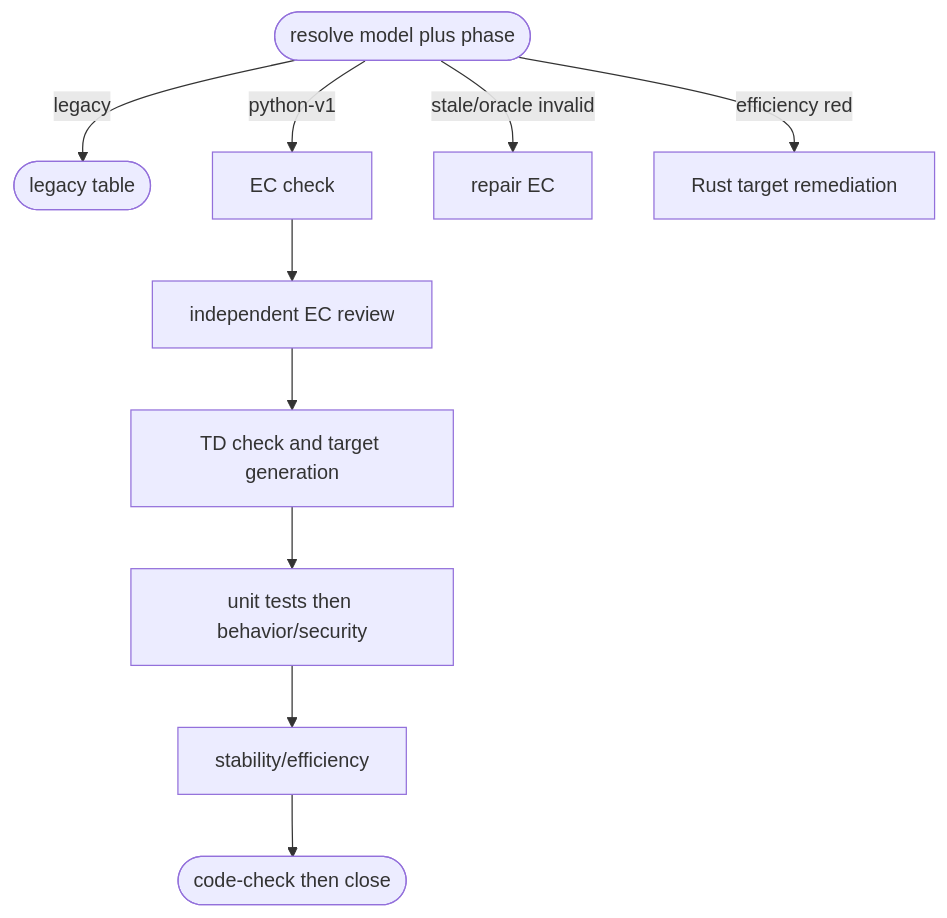
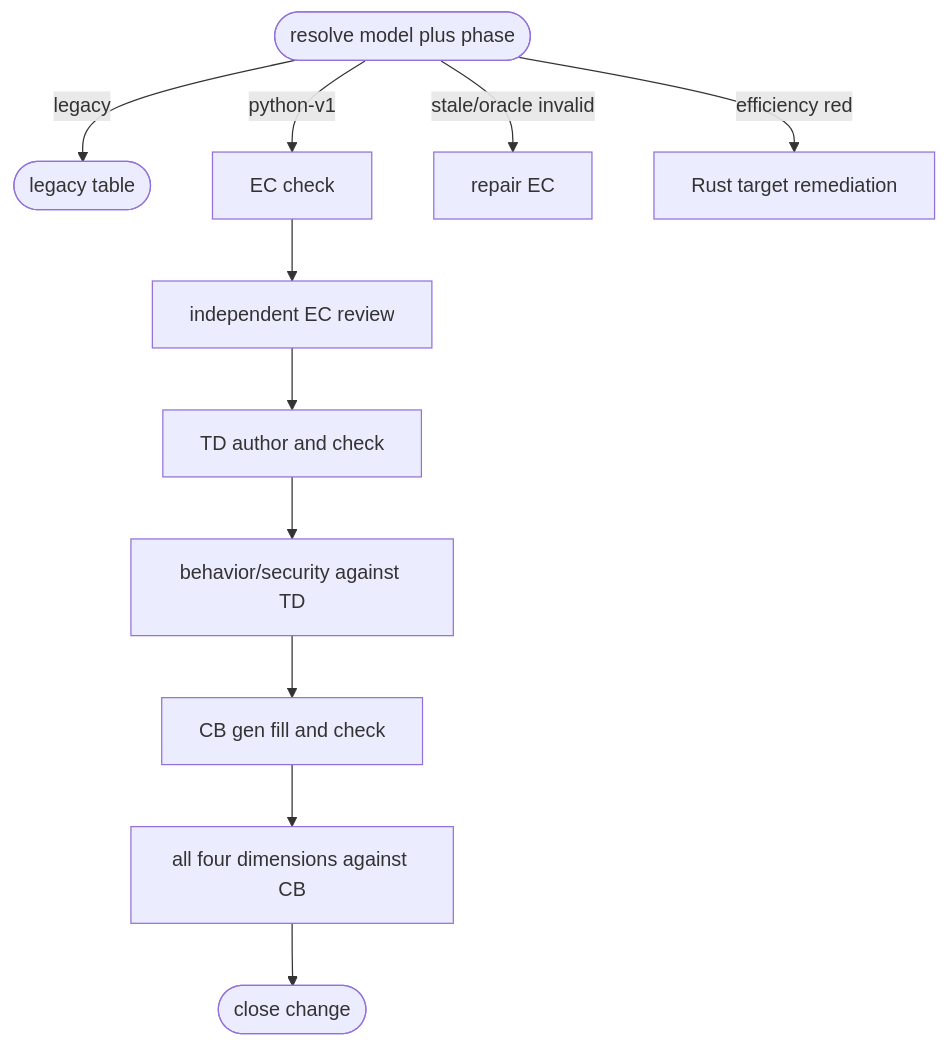
One commit to chrischeng-c4/axiom changed the first of 2 diagrams in apps/agentic-workflow/tech-design/logic/aw-python-artifact-goal-flow.md. Above: the diagram before and after it, drawn with Mermaid. The commit also changed other lines of this file and 221 other files, not shown here.

````diff
--- a/apps/agentic-workflow/tech-design/logic/aw-python-artifact-goal-flow.md
+++ b/apps/agentic-workflow/tech-design/logic/aw-python-artifact-goal-flow.md
@@ -19,37 +19,40 @@
 ```mermaid
 ---
 id: aw-python-artifact-goal-flow
 entry: resolve
 nodes:
   resolve: { kind: start, label: "resolve project artifact_model and tracker phase" }
   legacy: { kind: terminal, label: "use unchanged legacy lifecycle table" }
   ec_check: { kind: process, label: "author direct EC Python then aw ec check" }
   review: { kind: process, label: "independent digest-bound EC review" }
-  td: { kind: process, label: "author/check Python TD then generate target" }
-  core: { kind: process, label: "unit tests then behavior/security EC" }
-  operational: { kind: process, label: "stability/efficiency EC after generation" }
-  terminal: { kind: terminal, label: "code-check then close change" }
+  td: { kind: process, label: "author/check Python TD" }
+  ec_td: { kind: process, label: "behavior/security EC against TD" }
+  cb: { kind: process, label: "generate fill and check codebase" }
+  ec_cb: { kind: process, label: "all four EC dimensions against CB" }
+  terminal: { kind: terminal, label: "close change" }
   contract: { kind: process, label: "stale oracle/evidence returns to EC check" }
   efficiency: { kind: process, label: "efficiency red routes to Rust production target" }
 edges:
   - { from: resolve, to: legacy, label: "legacy" }
   - { from: resolve, to: ec_check, label: "python-v1 ec_missing" }
   - { from: ec_check, to: review }
   - { from: review, to: td }
-  - { from: td, to: core }
-  - { from: core, to: operational }
-  - { from: operational, to: terminal }
+  - { from: td, to: ec_td }
+  - { from: ec_td, to: cb }
+  - { from: cb, to: ec_cb }
+  - { from: ec_cb, to: terminal }
   - { from: resolve, to: contract, label: "stale contract or invalid oracle" }
   - { from: resolve, to: efficiency, label: "efficiency red" }
 ---
 flowchart TD
   resolve([resolve model plus phase]) -->|legacy| legacy([legacy table])
   resolve -->|python-v1| ec_check[EC check]
   ec_check --> review[independent EC review]
-  review --> td[TD check and target generation]
-  td --> core[unit tests then behavior/security]
-  core --> operational[stability/efficiency]
-  operational --> terminal([code-check then close])
+  review --> td[TD author and check]
+  td --> ec_td[behavior/security against TD]
+  ec_td --> cb[CB gen fill and check]
+  cb --> ec_cb[all four dimensions against CB]
+  ec_cb --> terminal([close change])
   resolve -->|stale/oracle invalid| contract[repair EC]
   resolve -->|efficiency red| efficiency[Rust target remediation]
 ```
````
